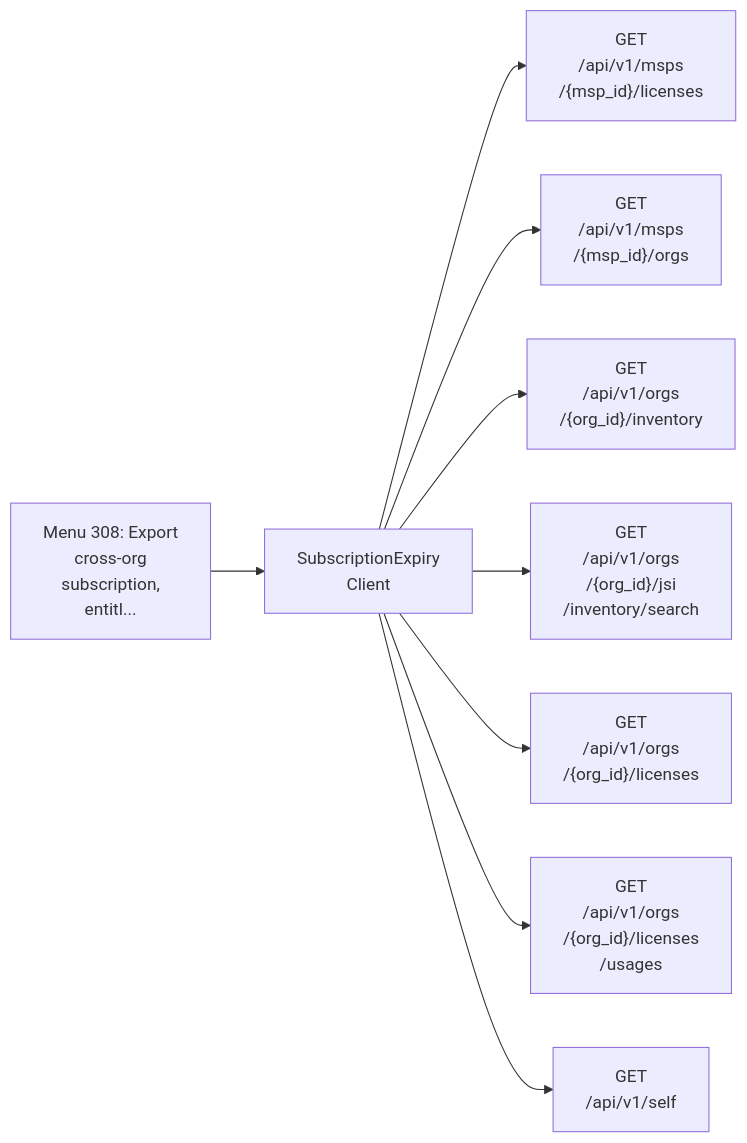
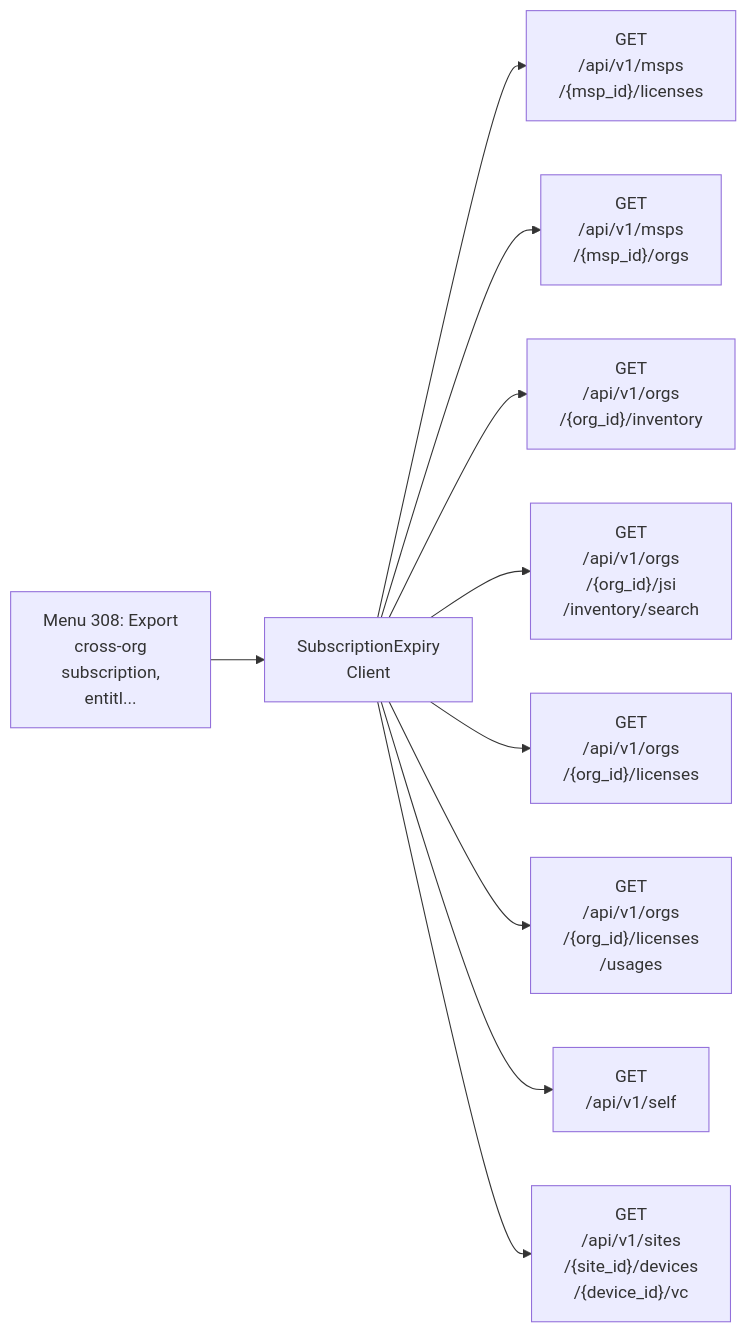
Diagram 24 of 24 in documentation/menu-api/safe.md (jmorrison-juniper/MistHelper), drawn with Mermaid before and after one commit. The commit also changed other lines of this file and 15 other files, not shown here.

````diff
--- a/documentation/menu-api/safe.md
+++ b/documentation/menu-api/safe.md
@@ -1362,12 +1362,13 @@
 ```mermaid
 flowchart LR
     menu["Menu 308: Export<br/>cross-org<br/>subscription,<br/>entitl..."]
     menu --> c1["SubscriptionExpiry<br/>Client"]
     c1 --> e1["GET<br/>/api/v1/msps<br/>/{msp_id}/licenses"]
     c1 --> e2["GET<br/>/api/v1/msps<br/>/{msp_id}/orgs"]
     c1 --> e3["GET<br/>/api/v1/orgs<br/>/{org_id}/inventory"]
     c1 --> e4["GET<br/>/api/v1/orgs<br/>/{org_id}/jsi<br/>/inventory/search"]
     c1 --> e5["GET<br/>/api/v1/orgs<br/>/{org_id}/licenses"]
     c1 --> e6["GET<br/>/api/v1/orgs<br/>/{org_id}/licenses<br/>/usages"]
     c1 --> e7["GET<br/>/api/v1/self"]
+    c1 --> e8["GET<br/>/api/v1/sites<br/>/{site_id}/devices<br/>/{device_id}/vc"]
 ```
````
